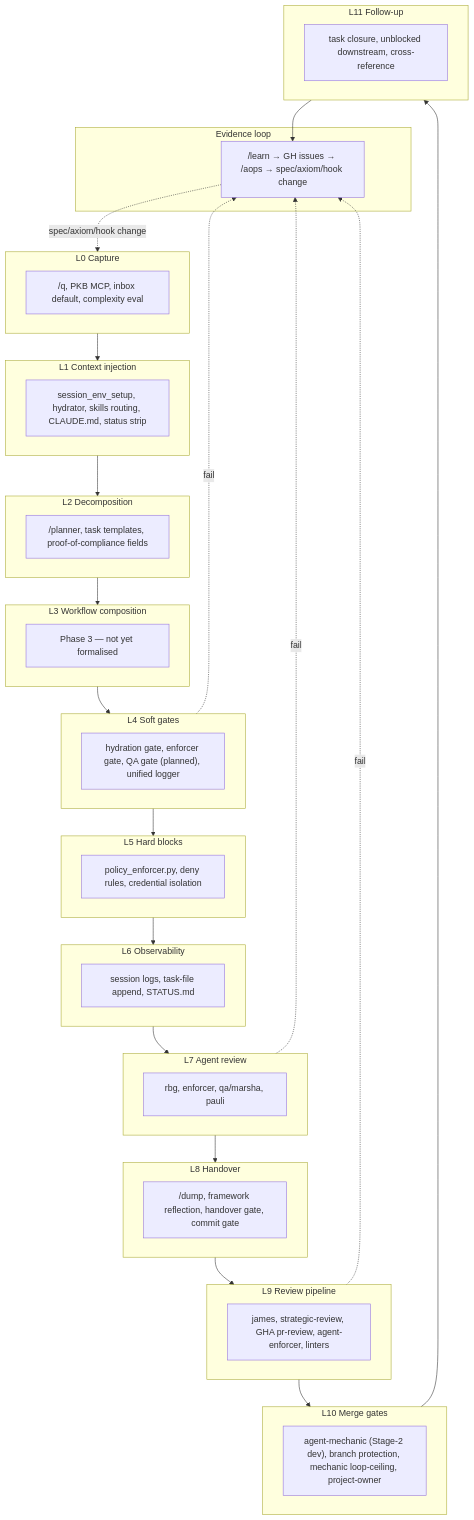
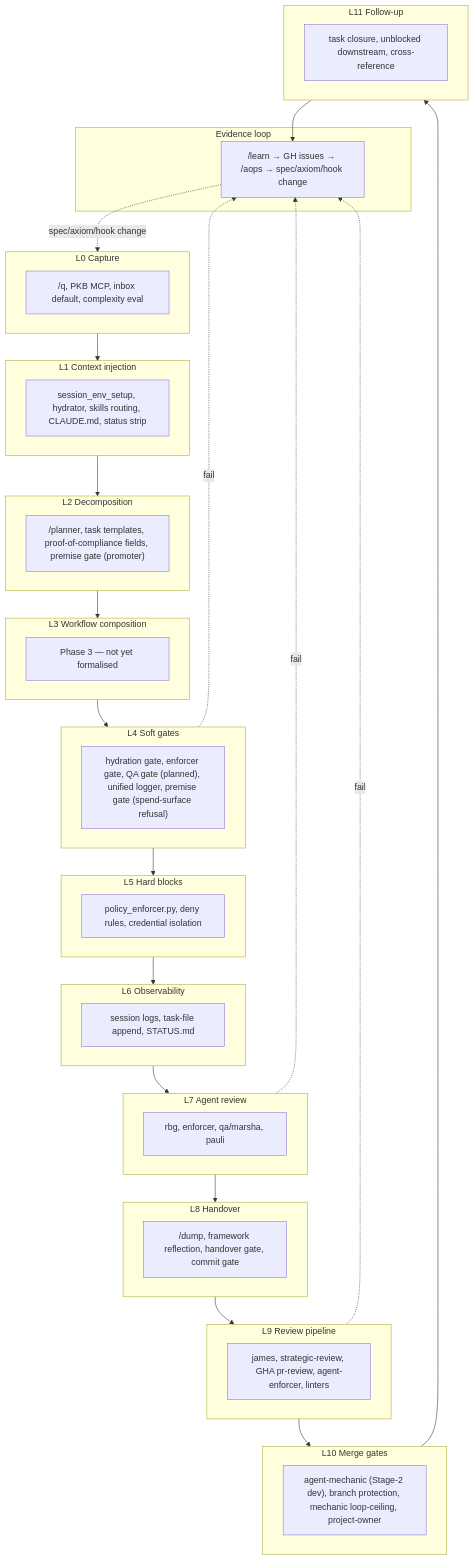
The diagram in specs/enforcement/enforcement.md (nicsuzor/academicOps), drawn with Mermaid before and after one commit. The commit also changed other lines of this file and 8 other files, not shown here.

First line of the commit message:
refactor(premise-gate): two-judge pre-dispatch clearance (rbg+pauli), DRY with /strategic-review

````diff
--- a/specs/enforcement/enforcement.md
+++ b/specs/enforcement/enforcement.md
@@ -35,48 +35,48 @@
 ```mermaid
 flowchart TD
   subgraph L0[L0 Capture]
     Q["/q, PKB MCP, inbox default, complexity eval"]
   end
   subgraph L1[L1 Context injection]
     HYD["session_env_setup, hydrator, skills routing, CLAUDE.md, status strip"]
   end
   subgraph L2[L2 Decomposition]
-    DEC["/planner, task templates, proof-of-compliance fields"]
+    DEC["/planner, task templates, proof-of-compliance fields, premise gate (promoter)"]
   end
   subgraph L3[L3 Workflow composition]
     WF["Phase 3 — not yet formalised"]
   end
   subgraph L4[L4 Soft gates]
-    GATES["hydration gate, enforcer gate, QA gate (planned), unified logger"]
+    GATES["hydration gate, enforcer gate, QA gate (planned), unified logger, premise gate (spend-surface refusal)"]
   end
   subgraph L5[L5 Hard blocks]
     HARD["policy_enforcer.py, deny rules, credential isolation"]
   end
   subgraph L6[L6 Observability]
     LOGS["session logs, task-file append, STATUS.md"]
   end
   subgraph L7[L7 Agent review]
     AGENTS["rbg, enforcer, qa/marsha, pauli"]
   end
   subgraph L8[L8 Handover]
     HAND["/dump, framework reflection, handover gate, commit gate"]
   end
   subgraph L9[L9 Review pipeline]
     REV["james, strategic-review, GHA pr-review, agent-enforcer, linters"]
   end
   subgraph L10[L10 Merge gates]
     MERGE["agent-mechanic (Stage-2 dev), branch protection, mechanic loop-ceiling, project-owner"]
   end
   subgraph L11[L11 Follow-up]
     FUP["task closure, unblocked downstream, cross-reference"]
   end
   subgraph EV[Evidence loop]
     LEARN["/learn → GH issues → /aops → spec/axiom/hook change"]
   end
   L0 --> L1 --> L2 --> L3 --> L4 --> L5 --> L6 --> L7 --> L8 --> L9 --> L10 --> L11
   L4 -. fail .-> LEARN
   L7 -. fail .-> LEARN
   L9 -. fail .-> LEARN
   L11 --> LEARN
   LEARN -. spec/axiom/hook change .-> L0
 ```
````
